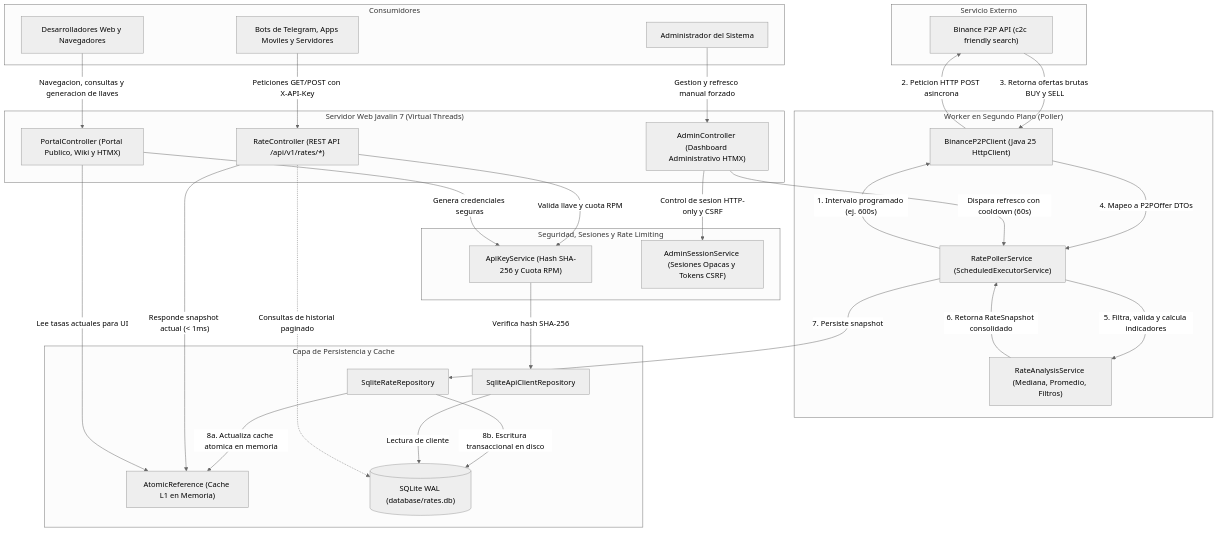
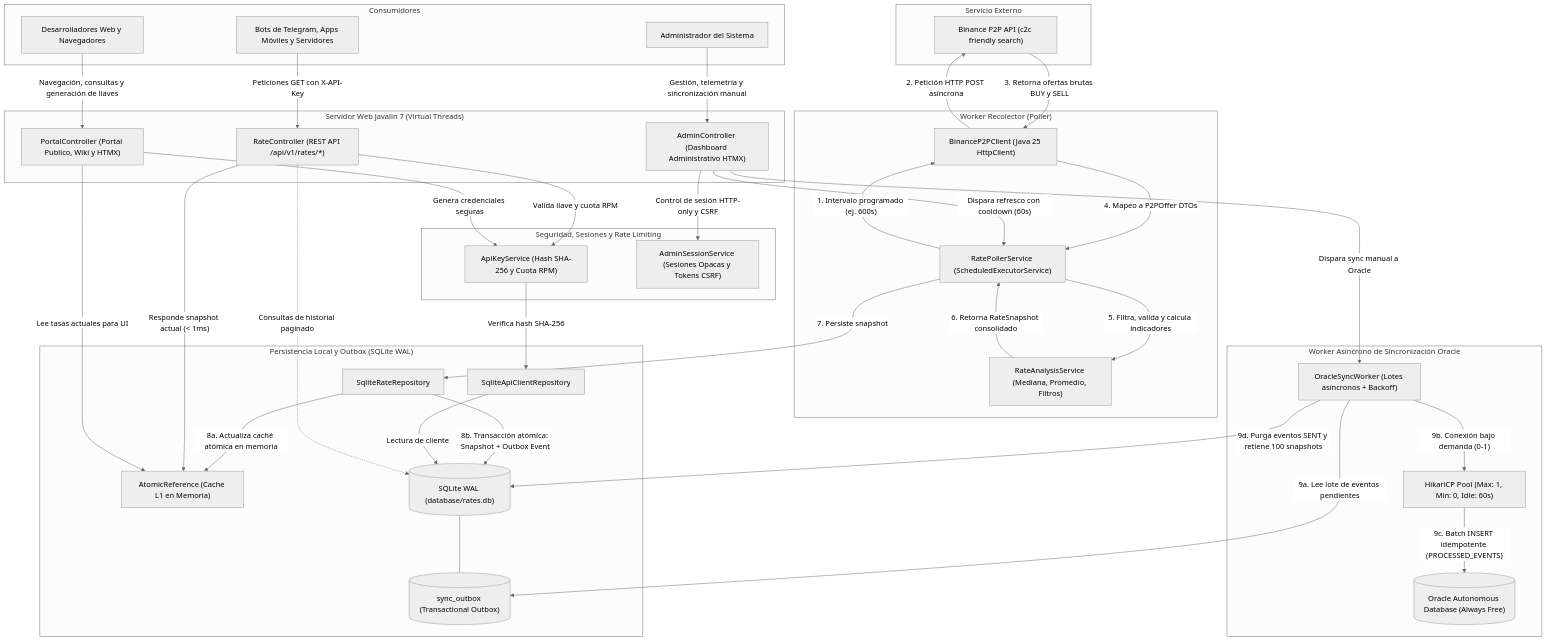
The first of 2 diagrams in README.md (Franci-343/bolivia-p2p-rates), drawn with Mermaid (neutral theme) before and after one commit. The commit also changed other lines of this file and 27 other files, not shown here.

Commit message:
feat: implement Oracle synchronization with transactional outbox pattern; enhance database management and client handling

````diff
--- a/README.md
+++ b/README.md
@@ -20,65 +22,80 @@
 ```mermaid
 flowchart TD
     subgraph OrigenExterno ["Servicio Externo"]
         BinanceAPI["Binance P2P API (c2c friendly search)"]
     end
 
-    subgraph BotWorker ["Worker en Segundo Plano (Poller)"]
+    subgraph BotWorker ["Worker Recolector (Poller)"]
         RatePollerService["RatePollerService (ScheduledExecutorService)"]
         BinanceP2PClient["BinanceP2PClient (Java 25 HttpClient)"]
         RateAnalysisService["RateAnalysisService (Mediana, Promedio, Filtros)"]
     end
 
-    subgraph CapaPersistencia ["Capa de Persistencia y Cache"]
+    subgraph CapaPersistenciaLocal ["Persistencia Local y Outbox (SQLite WAL)"]
         SqliteRateRepository["SqliteRateRepository"]
         CacheMemoria["AtomicReference (Cache L1 en Memoria)"]
         SqliteDB[("SQLite WAL (database/rates.db)")]
+        OutboxTable[("sync_outbox (Transactional Outbox)")]
         ApiClientRepository["SqliteApiClientRepository"]
+    end
+
+    subgraph SincronizacionOracle ["Worker Asíncrono de Sincronización Oracle"]
+        OracleSyncWorker["OracleSyncWorker (Lotes asíncronos + Backoff)"]
+        OraclePool["HikariCP Pool (Max: 1, Min: 0, Idle: 60s)"]
+        OracleDB[("Oracle Autonomous Database (Always Free)")]
     end
 
     subgraph CapaSeguridad ["Seguridad, Sesiones y Rate Limiting"]
         ApiKeyService["ApiKeyService (Hash SHA-256 y Cuota RPM)"]
         AdminSessionService["AdminSessionService (Sesiones Opacas y Tokens CSRF)"]
     end
 
     subgraph CapaWeb ["Servidor Web Javalin 7 (Virtual Threads)"]
         RateController["RateController (REST API /api/v1/rates/*)"]
         PortalController["PortalController (Portal Publico, Wiki y HTMX)"]
         AdminController["AdminController (Dashboard Administrativo HTMX)"]
     end
 
     subgraph Clientes ["Consumidores"]
-        AppsBots["Bots de Telegram, Apps Moviles y Servidores"]
+        AppsBots["Bots de Telegram, Apps Móviles y Servidores"]
         DesarrolladoresWeb["Desarrolladores Web y Navegadores"]
         AdminUser["Administrador del Sistema"]
     end
 
     %% Recoleccion programada
     RatePollerService -->|"1. Intervalo programado (ej. 600s)"| BinanceP2PClient
-    BinanceP2PClient -->|"2. Peticion HTTP POST asincrona"| BinanceAPI
+    BinanceP2PClient -->|"2. Petición HTTP POST asíncrona"| BinanceAPI
     BinanceAPI -->|"3. Retorna ofertas brutas BUY y SELL"| BinanceP2PClient
     BinanceP2PClient -->|"4. Mapeo a P2POffer DTOs"| RatePollerService
     RatePollerService -->|"5. Filtra, valida y calcula indicadores"| RateAnalysisService
     RateAnalysisService -->|"6. Retorna RateSnapshot consolidado"| RatePollerService
     RatePollerService -->|"7. Persiste snapshot"| SqliteRateRepository
-    SqliteRateRepository -->|"8a. Actualiza cache atomica en memoria"| CacheMemoria
-    SqliteRateRepository -->|"8b. Escritura transaccional en disco"| SqliteDB
+    SqliteRateRepository -->|"8a. Actualiza caché atómica en memoria"| CacheMemoria
+    SqliteRateRepository -->|"8b. Transacción atómica: Snapshot + Outbox Event"| SqliteDB
+    SqliteDB --- OutboxTable
 
-    %% Consumo API REST
-    AppsBots -->|"Peticiones GET/POST con X-API-Key"| RateController
+    %% Sincronizacion Outbox -> Oracle
+    OracleSyncWorker -->|"9a. Lee lote de eventos pendientes"| OutboxTable
+    OracleSyncWorker -->|"9b. Conexión bajo demanda (0-1)"| OraclePool
+    OraclePool -->|"9c. Batch INSERT idempotente (PROCESSED_EVENTS)"| OracleDB
+    OracleSyncWorker -->|"9d. Purga eventos SENT y retiene 100 snapshots"| SqliteDB
+
+    %% Consumo API REST (100% aislado de Oracle)
+    AppsBots -->|"Peticiones GET con X-API-Key"| RateController
     RateController -->|"Valida llave y cuota RPM"| ApiKeyService
     ApiKeyService -->|"Verifica hash SHA-256"| ApiClientRepository
     ApiClientRepository -->|"Lectura de cliente"| SqliteDB
     RateController -->|"Responde snapshot actual (< 1ms)"| CacheMemoria
     RateController -.->|"Consultas de historial paginado"| SqliteDB
 
     %% Portal Publico y Wiki
-    DesarrolladoresWeb -->|"Navegacion, consultas y generacion de llaves"| PortalController
+    DesarrolladoresWeb -->|"Navegación, consultas y generación de llaves"| PortalController
     PortalController -->|"Lee tasas actuales para UI"| CacheMemoria
     PortalController -->|"Genera credenciales seguras"| ApiKeyService
 
     %% Panel Administrativo
-    AdminUser -->|"Gestion y refresco manual forzado"| AdminController
-    AdminController -->|"Control de sesion HTTP-only y CSRF"| AdminSessionService
+    AdminUser -->|"Gestión, telemetría y sincronización manual"| AdminController
+    AdminController -->|"Control de sesión HTTP-only y CSRF"| AdminSessionService
     AdminController -->|"Dispara refresco con cooldown (60s)"| RatePollerService
+    AdminController -->|"Dispara sync manual a Oracle"| OracleSyncWorker
 ```
````
